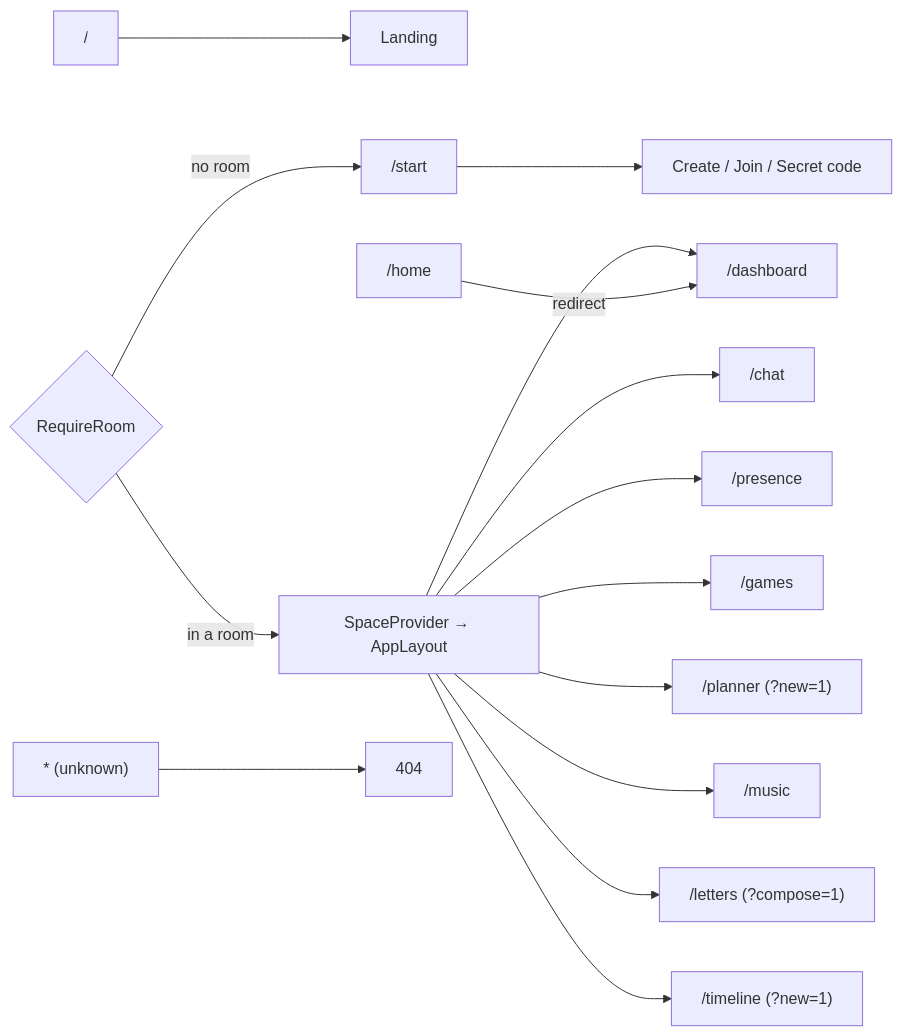
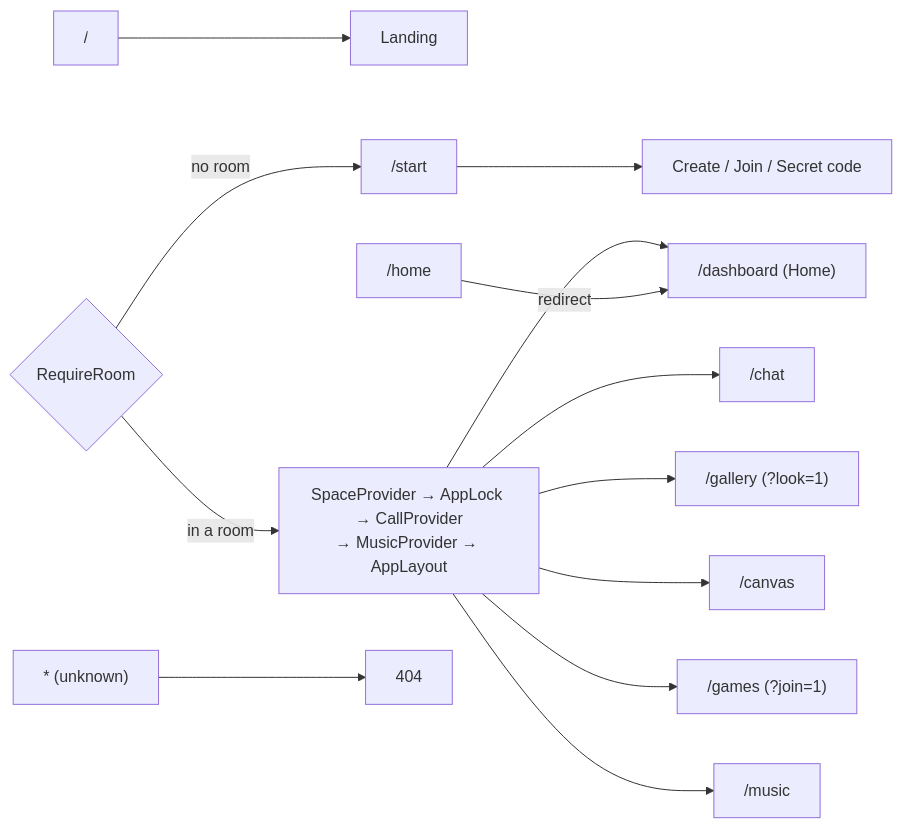
One commit to silent-coder-dev/private-space changed the ninth of 27 diagrams in front-end/doc/04-flowcharts.md. Above: the diagram before and after it, drawn with Mermaid. The commit also changed other lines of this file and 144 other files, not shown here.

````diff
--- a/front-end/doc/04-flowcharts.md
+++ b/front-end/doc/04-flowcharts.md
@@ -197,18 +195,16 @@
 ```mermaid
 flowchart LR
     Root["/"] --> Landing["Landing"]
     StartP["/start"] --> Start["Create / Join / Secret code"]
     Guard{"RequireRoom"}
     Guard -->|"no room"| StartP
-    Guard -->|"in a room"| Layout["SpaceProvider → AppLayout"]
-    Layout --> D["/dashboard"]
+    Guard -->|"in a room"| Layout["SpaceProvider → AppLock → CallProvider<br/>→ MusicProvider → AppLayout"]
+    Layout --> D["/dashboard (Home)"]
     Layout --> C["/chat"]
-    Layout --> P["/presence"]
-    Layout --> G["/games"]
-    Layout --> PL["/planner (?new=1)"]
+    Layout --> G["/gallery (?look=1)"]
+    Layout --> CV["/canvas"]
+    Layout --> GM["/games (?join=1)"]
     Layout --> M["/music"]
-    Layout --> L["/letters (?compose=1)"]
-    Layout --> T["/timeline (?new=1)"]
     HomeAlias["/home"] -->|"redirect"| D
     Star["* (unknown)"] --> NF["404"]
 ```
````
